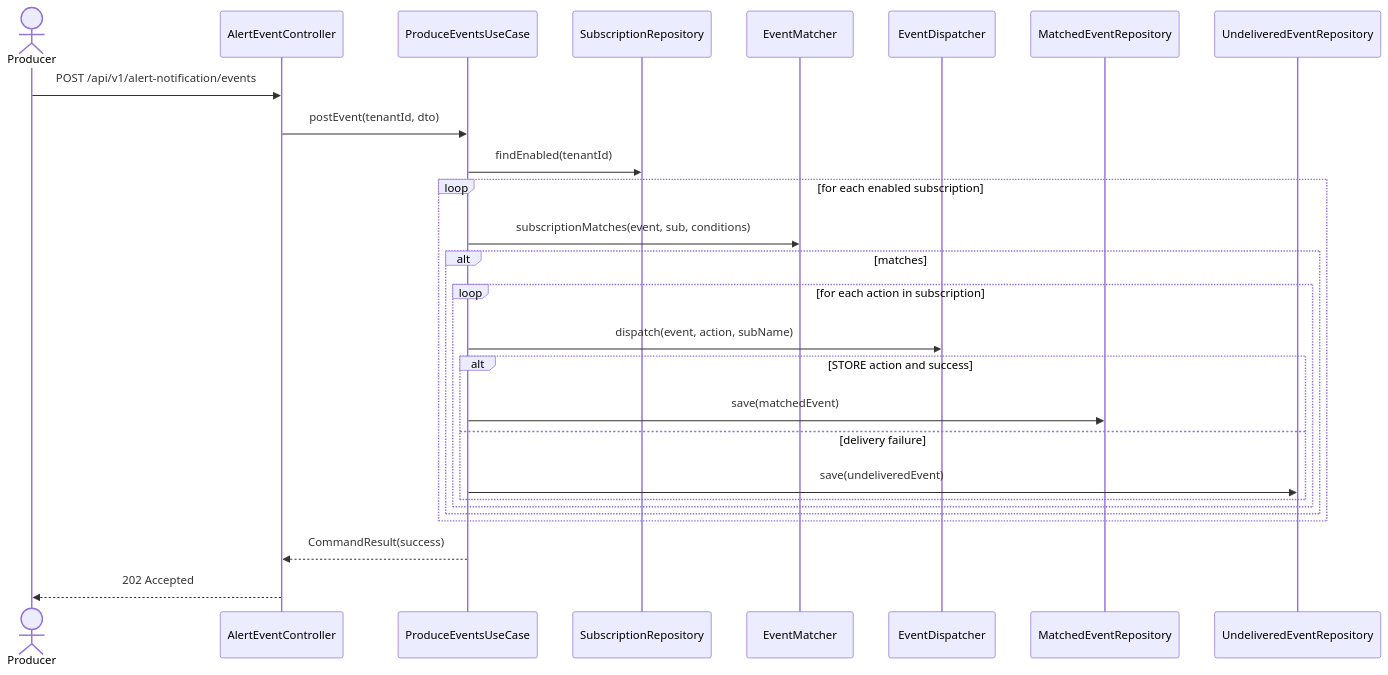
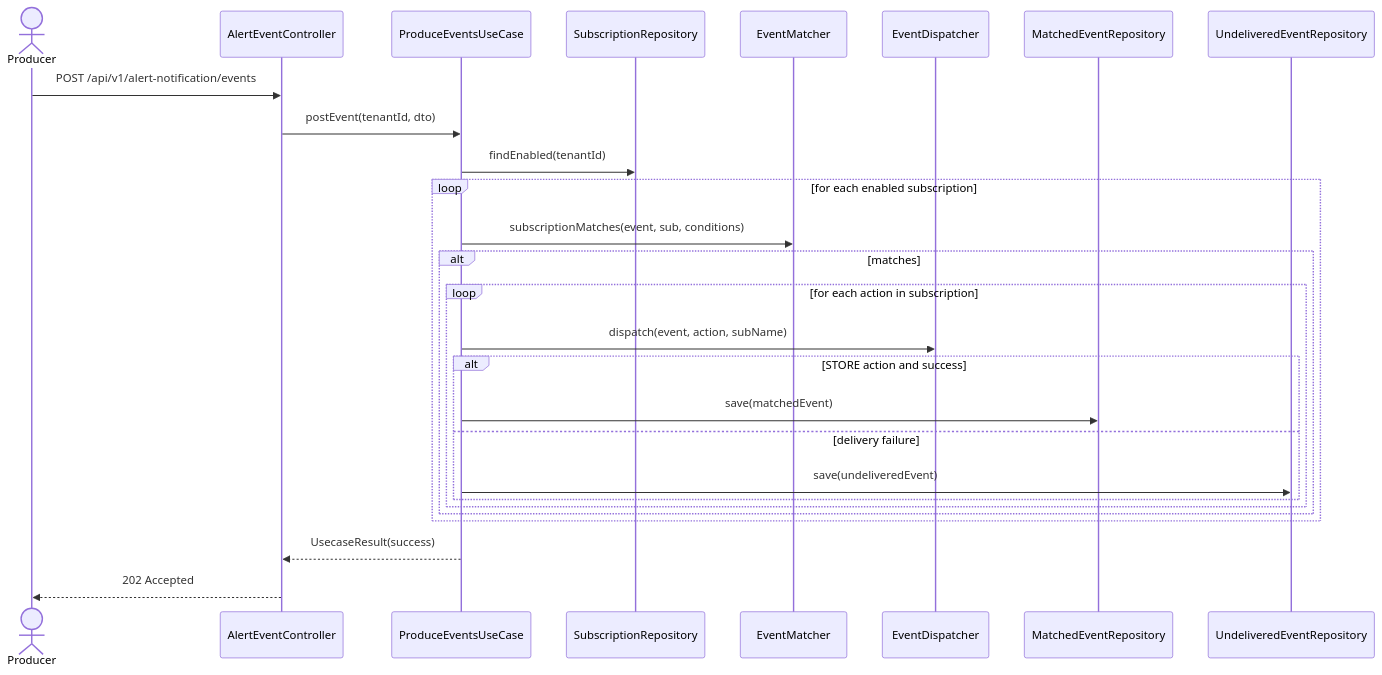
Before and after one commit to UIMSolutions/uim-platform: the third of 5 diagrams in alert-notification/UML.md, drawn with Mermaid. The commit also changed other lines of this file and 907 other files, not shown here.

Commit message:
Rename CommandResult

````diff
--- a/alert-notification/UML.md
+++ b/alert-notification/UML.md
@@ -179,30 +179,30 @@
 ```mermaid
 sequenceDiagram
     actor Producer
     participant AlertEventController
     participant ProduceEventsUseCase
     participant SubscriptionRepository
     participant EventMatcher
     participant EventDispatcher
     participant MatchedEventRepository
     participant UndeliveredEventRepository
 
     Producer->>AlertEventController: POST /api/v1/alert-notification/events
     AlertEventController->>ProduceEventsUseCase: postEvent(tenantId, dto)
     ProduceEventsUseCase->>SubscriptionRepository: findEnabled(tenantId)
     loop for each enabled subscription
         ProduceEventsUseCase->>EventMatcher: subscriptionMatches(event, sub, conditions)
         alt matches
             loop for each action in subscription
                 ProduceEventsUseCase->>EventDispatcher: dispatch(event, action, subName)
                 alt STORE action and success
                     ProduceEventsUseCase->>MatchedEventRepository: save(matchedEvent)
                 else delivery failure
                     ProduceEventsUseCase->>UndeliveredEventRepository: save(undeliveredEvent)
                 end
             end
         end
     end
-    ProduceEventsUseCase-->>AlertEventController: CommandResult(success)
+    ProduceEventsUseCase-->>AlertEventController: UsecaseResult(success)
     AlertEventController-->>Producer: 202 Accepted
 ```
````
